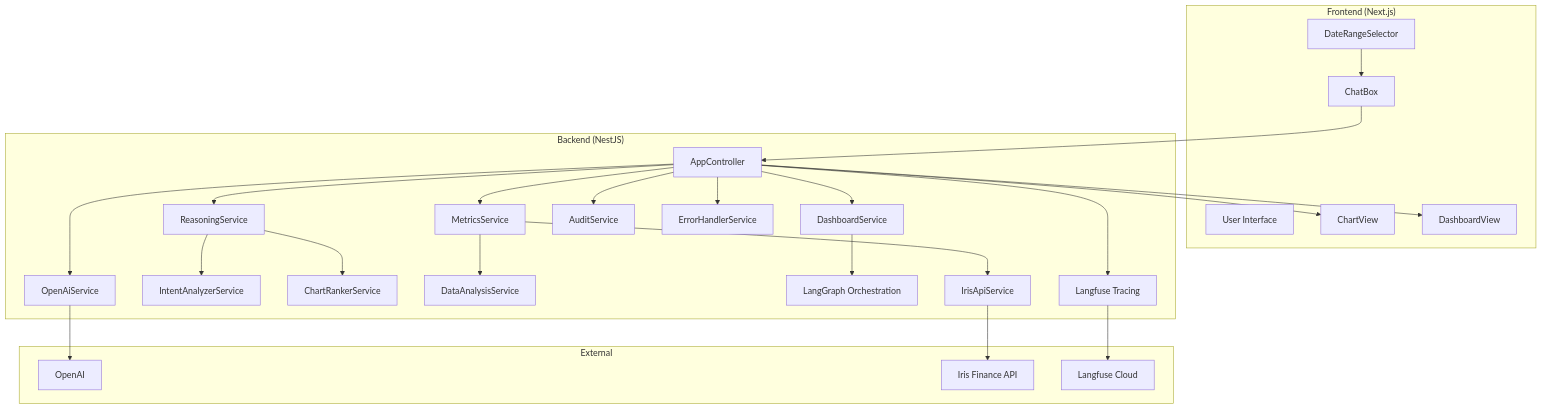
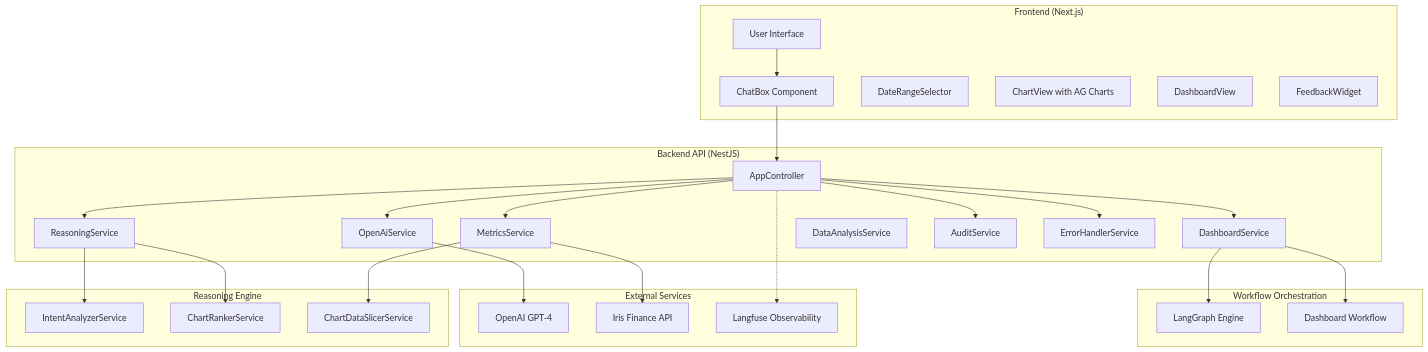
One commit to a-d-king/iris_chat_to_chart changed the diagram in README.md. Above: the diagram before and after it, drawn with Mermaid. The commit also changed other lines of this file and 1 other file, not shown here.

````diff
--- a/README.md
+++ b/README.md
@@ -94,49 +80,53 @@
 ```mermaid
 graph TB
     subgraph "Frontend (Next.js)"
         UI[User Interface]
-        ChatBox[ChatBox]
+        ChatBox[ChatBox Component]
         DateSelector[DateRangeSelector]
-        ChartView[ChartView]
+        ChartView[ChartView with AG Charts]
         DashboardView[DashboardView]
+        FeedbackWidget[FeedbackWidget]
     end
 
-    subgraph "Backend (NestJS)"
-        API[AppController]
+    subgraph "Backend API (NestJS)"
+        Controller[AppController]
         OpenAI[OpenAiService]
+        Dashboard[DashboardService]
+        Metrics[MetricsService]
         Reasoning[ReasoningService]
+        DataAnalysis[DataAnalysisService]
+        Audit[AuditService]
+        ErrorHandler[ErrorHandlerService]
+    end
+
+    subgraph "Reasoning Engine"
         IntentAnalyzer[IntentAnalyzerService]
         ChartRanker[ChartRankerService]
-        Metrics[MetricsService]
-        DataAnalysis[DataAnalysisService]
-        Dashboard[DashboardService]
-        DashboardGraph[LangGraph Orchestration]
-        Audit[AuditService]
-        IrisAPI[IrisApiService]
-        ErrorHandler[ErrorHandlerService]
-        Langfuse[Langfuse Tracing]
+        DataSlicer[ChartDataSlicerService]
     end
 
-    subgraph "External"
-        GPT4[OpenAI]
-        Iris[Iris Finance API]
-        LangfuseCloud[Langfuse Cloud]
+    subgraph "Workflow Orchestration"
+        LangGraph[LangGraph Engine]
+        DashboardGraph[Dashboard Workflow]
     end
 
-    ChatBox --> API
-    DateSelector --> ChatBox
-    API --> Metrics
-    Metrics --> IrisAPI --> Iris
-    Metrics --> DataAnalysis
-    API --> OpenAI --> GPT4
-    API --> Reasoning
+    subgraph "External Services"
+        GPT4[OpenAI GPT-4]
+        IrisAPI[Iris Finance API]
+        LangfuseCloud[Langfuse Observability]
+    end
+
+    UI --> ChatBox
+    ChatBox --> Controller
+    Controller --> OpenAI --> GPT4
+    Controller --> Dashboard --> LangGraph
+    Controller --> Metrics --> IrisAPI
+    Controller --> Reasoning
     Reasoning --> IntentAnalyzer
     Reasoning --> ChartRanker
-    API --> Dashboard
     Dashboard --> DashboardGraph
-    API --> Audit
-    API --> ChartView
-    API --> DashboardView
-    API --> ErrorHandler
-    API --> Langfuse --> LangfuseCloud
+    Metrics --> DataSlicer
+    Controller --> Audit
+    Controller --> ErrorHandler
+    Controller -.-> LangfuseCloud
 ```
````
